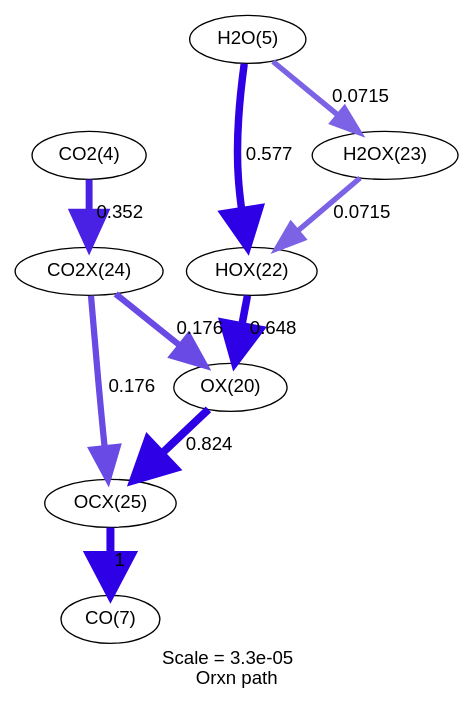
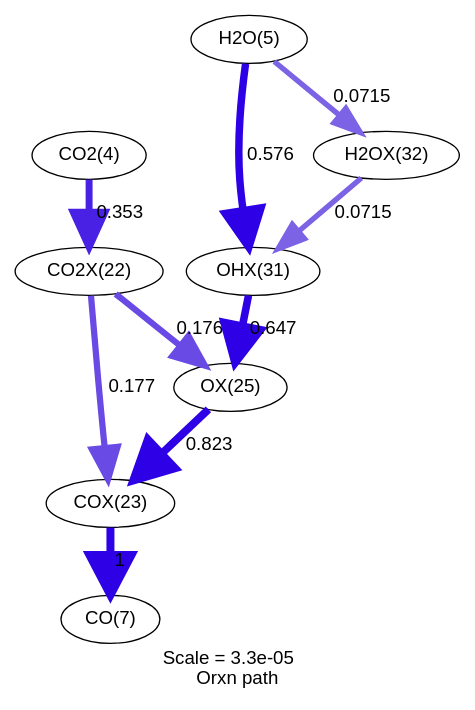
The diagram in rh/rxnpath/rxnpath-1.4-surf-11.83mm-O.dot (comocheng/cpox), drawn with Graphviz before and after one commit. The commit also changed 539 other files, not shown here.

```diff
--- a/rh/rxnpath/rxnpath-1.4-surf-11.83mm-O.dot
+++ b/rh/rxnpath/rxnpath-1.4-surf-11.83mm-O.dot
@@ -1,31 +1,31 @@
 digraph reaction_paths {
 center=1;
-s31 -> s29[fontname="Helvetica", penwidth=5.67, arrowsize=2.84, color="0.7, 1.15, 0.9"
-, label=" 0.648"];
-s29 -> s34[fontname="Helvetica", penwidth=5.85, arrowsize=2.93, color="0.7, 1.32, 0.9"
-, label=" 0.824"];
-s33 -> s29[fontname="Helvetica", penwidth=4.69, arrowsize=2.34, color="0.7, 0.676, 0.9"
+s5 -> s24[fontname="Helvetica", penwidth=5.21, arrowsize=2.61, color="0.7, 0.853, 0.9"
+, label=" 0.353"];
+s24 -> s25[fontname="Helvetica", penwidth=4.69, arrowsize=2.35, color="0.7, 0.677, 0.9"
+, label=" 0.177"];
+s24 -> s27[fontname="Helvetica", penwidth=4.69, arrowsize=2.35, color="0.7, 0.676, 0.9"
 , label=" 0.176"];
-s6 -> s31[fontname="Helvetica", penwidth=5.58, arrowsize=2.79, color="0.7, 1.08, 0.9"
-, label=" 0.577"];
-s32 -> s31[fontname="Helvetica", penwidth=4.01, arrowsize=2, color="0.7, 0.571, 0.9"
+s25 -> s8[fontname="Helvetica", penwidth=6, arrowsize=3, color="0.7, 1.5, 0.9"
+, label=" 1"];
+s27 -> s25[fontname="Helvetica", penwidth=5.85, arrowsize=2.93, color="0.7, 1.32, 0.9"
+, label=" 0.823"];
+s33 -> s27[fontname="Helvetica", penwidth=5.67, arrowsize=2.84, color="0.7, 1.15, 0.9"
+, label=" 0.647"];
+s34 -> s33[fontname="Helvetica", penwidth=4.01, arrowsize=2, color="0.7, 0.571, 0.9"
 , label=" 0.0715"];
-s6 -> s32[fontname="Helvetica", penwidth=4.01, arrowsize=2, color="0.7, 0.571, 0.9"
+s6 -> s33[fontname="Helvetica", penwidth=5.58, arrowsize=2.79, color="0.7, 1.08, 0.9"
+, label=" 0.576"];
+s6 -> s34[fontname="Helvetica", penwidth=4.01, arrowsize=2, color="0.7, 0.571, 0.9"
 , label=" 0.0715"];
-s34 -> s8[fontname="Helvetica", penwidth=6, arrowsize=3, color="0.7, 1.5, 0.9"
-, label=" 1"];
-s33 -> s34[fontname="Helvetica", penwidth=4.69, arrowsize=2.34, color="0.7, 0.676, 0.9"
-, label=" 0.176"];
-s5 -> s33[fontname="Helvetica", penwidth=5.21, arrowsize=2.61, color="0.7, 0.852, 0.9"
-, label=" 0.352"];
 s5 [ fontname="Helvetica", label="CO2(4)"];
 s6 [ fontname="Helvetica", label="H2O(5)"];
 s8 [ fontname="Helvetica", label="CO(7)"];
-s29 [ fontname="Helvetica", label="OX(20)"];
-s31 [ fontname="Helvetica", label="HOX(22)"];
-s32 [ fontname="Helvetica", label="H2OX(23)"];
-s33 [ fontname="Helvetica", label="CO2X(24)"];
-s34 [ fontname="Helvetica", label="OCX(25)"];
+s24 [ fontname="Helvetica", label="CO2X(22)"];
+s25 [ fontname="Helvetica", label="COX(23)"];
+s27 [ fontname="Helvetica", label="OX(25)"];
+s33 [ fontname="Helvetica", label="OHX(31)"];
+s34 [ fontname="Helvetica", label="H2OX(32)"];
  label = "Scale = 3.3e-05\l Orxn path";
  fontname = "Helvetica";
 }
```
